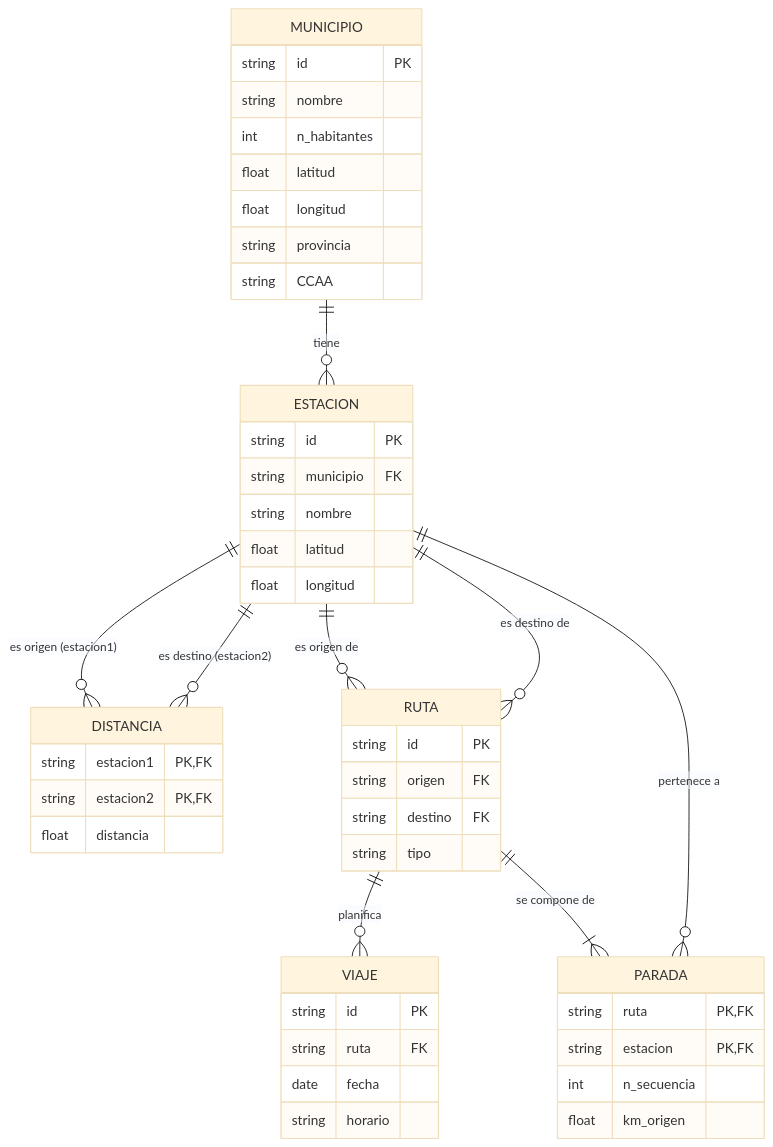
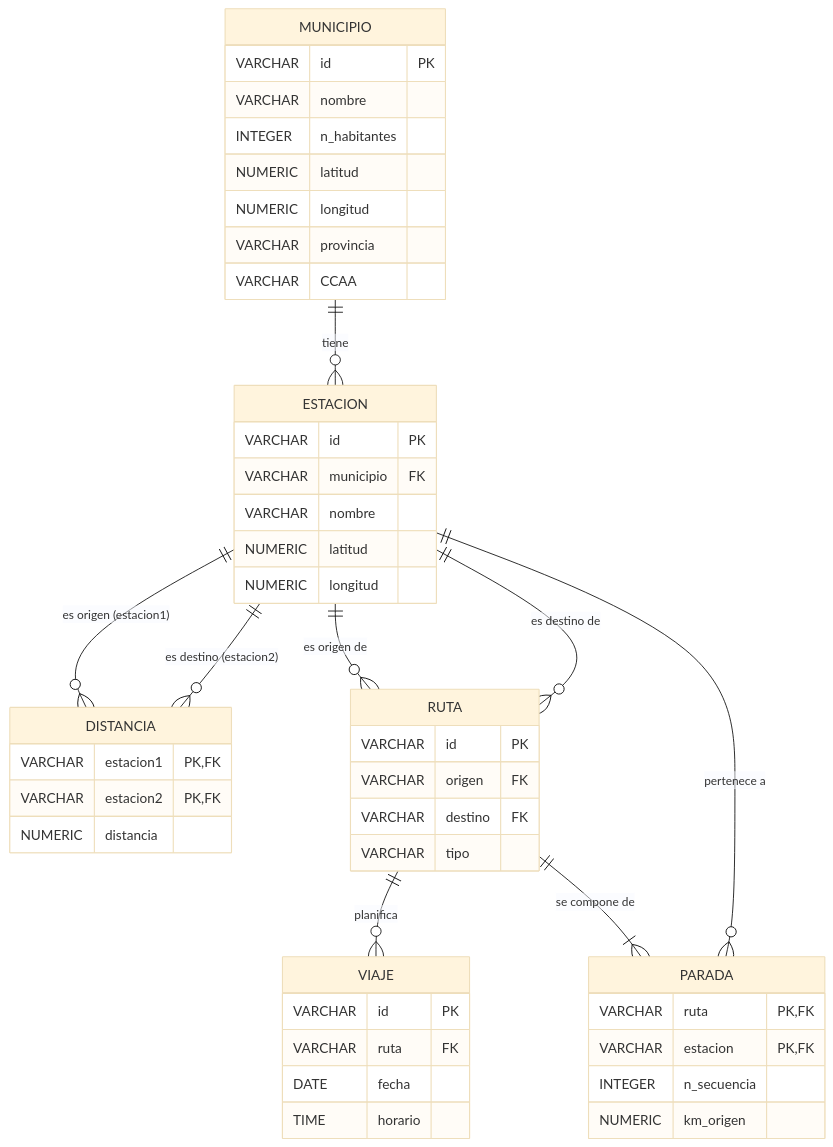
The diagram in docs/EsquemaMediador.md (xXaceitunaXx/Tren-ES), drawn with Mermaid (base theme) before and after one commit. The commit also changed other lines of this file and 4 other files, not shown here.

````diff
--- a/docs/EsquemaMediador.md
+++ b/docs/EsquemaMediador.md
@@ -100,57 +102,57 @@
 ```mermaid
 erDiagram
     MUNICIPIO {
-        string id PK
-        string nombre
-        int n_habitantes
-        float latitud
-        float longitud
-        string provincia
-        string CCAA
+        VARCHAR id PK
+        VARCHAR nombre
+        INTEGER n_habitantes
+        NUMERIC latitud
+        NUMERIC longitud
+        VARCHAR provincia
+        VARCHAR CCAA
     }
 
     DISTANCIA {
-	string estacion1 PK,FK
-	string estacion2 PK,FK
-	float distancia
+        VARCHAR estacion1 PK,FK
+        VARCHAR estacion2 PK,FK
+        NUMERIC distancia
     }
 
     ESTACION {
-        string id PK
-        string municipio FK
-        string nombre
-        float latitud
-        float longitud
+        VARCHAR id PK
+        VARCHAR municipio FK
+        VARCHAR nombre
+        NUMERIC latitud
+        NUMERIC longitud
     }
 
     RUTA {
-        string id PK
-        string origen FK
-        string destino FK
-        string tipo
+        VARCHAR id PK
+        VARCHAR origen FK
+        VARCHAR destino FK
+        VARCHAR tipo
     }
 
     VIAJE {
-        string id PK
-        string ruta FK
-        date fecha
-        string horario
+        VARCHAR id PK
+        VARCHAR ruta FK
+        DATE fecha
+        TIME horario
     }
 
     PARADA {
-        string ruta PK,FK
-        string estacion PK,FK
-        int n_secuencia
-        float km_origen
+        VARCHAR ruta PK,FK
+        VARCHAR estacion PK,FK
+        INTEGER n_secuencia
+        NUMERIC km_origen
     }
 
     %% Relaciones
     MUNICIPIO ||--o{ ESTACION : "tiene"
     ESTACION ||--o{ RUTA : "es origen de"
     ESTACION ||--o{ RUTA : "es destino de"
     RUTA ||--o{ VIAJE : "planifica"
     RUTA ||--|{ PARADA : "se compone de"
     ESTACION ||--o{ PARADA : "pertenece a"
     ESTACION ||--o{ DISTANCIA : "es origen (estacion1)"
     ESTACION ||--o{ DISTANCIA : "es destino (estacion2)"
 ```
````
